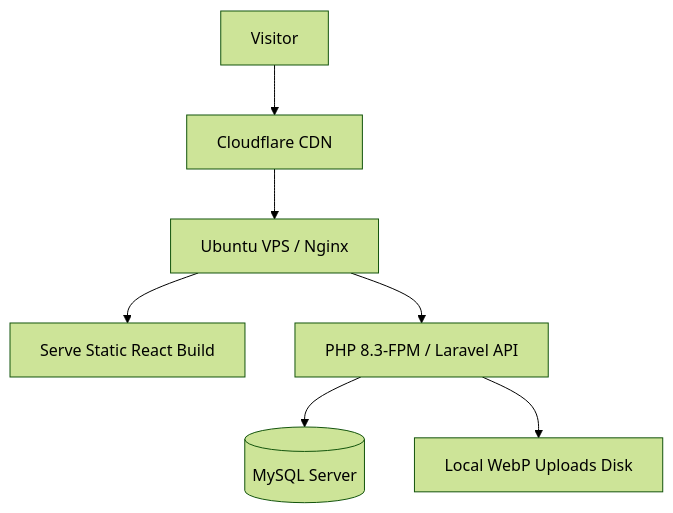
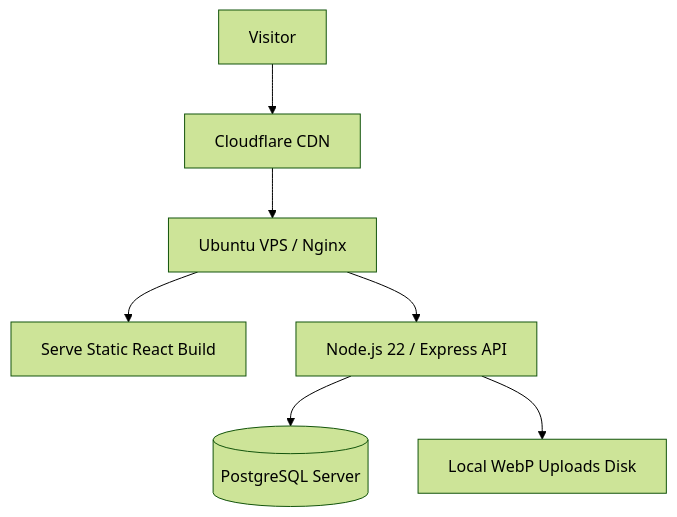
Before and after one commit to bitsy6699/WebDesa: the fourth of 5 diagrams in docs/engineering/TECH_STACK.md, drawn with Mermaid (forest theme). The commit also changed other lines of this file and 545 other files, not shown here.

First line of the commit message:
migrate: Laravel → Node.js (Express + Prisma), TSX → JSX, experience redesign

````diff
--- a/docs/engineering/TECH_STACK.md
+++ b/docs/engineering/TECH_STACK.md
@@ -175,9 +169,9 @@
 ```mermaid
 graph TD
     User[Visitor] --> CF[Cloudflare CDN]
     CF --> Server[Ubuntu VPS / Nginx]
     Server --> Static[Serve Static React Build]
-    Server --> PHP[PHP 8.3-FPM / Laravel API]
-    PHP --> DB[(MySQL Server)]
-    PHP --> Storage[Local WebP Uploads Disk]
+    Server --> Node[Node.js 22 / Express API]
+    Node --> DB[(PostgreSQL Server)]
+    Node --> Storage[Local WebP Uploads Disk]
 ```
````
